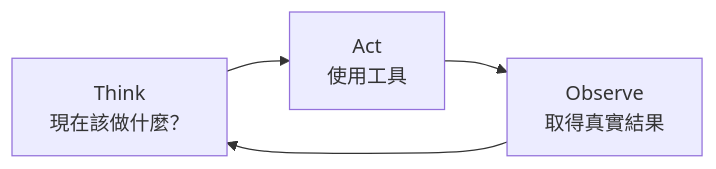
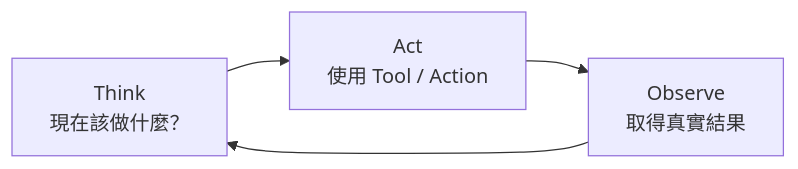
One commit to indigofeather/harness-book changed the second of 5 diagrams in docs/intro.md. Above: the diagram before and after it, drawn with Mermaid. The commit also changed other lines of this file, not shown here.

````diff
--- a/docs/intro.md
+++ b/docs/intro.md
@@ -68,6 +113,6 @@
 ```mermaid
 flowchart LR
-  A[Think\n現在該做什麼？] --> B[Act\n使用工具]
+  A[Think\n現在該做什麼？] --> B[Act\n使用 Tool / Action]
   B --> C[Observe\n取得真實結果]
   C --> A
 ```
````
